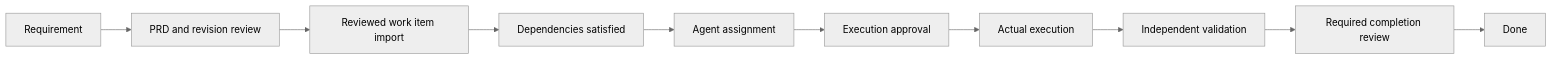
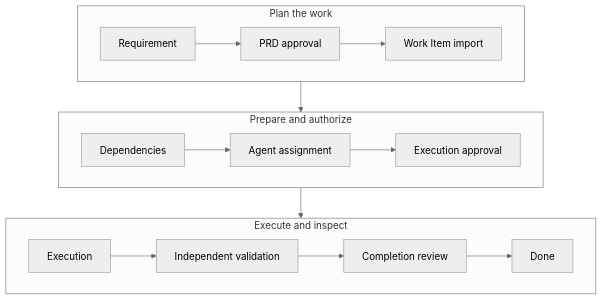
The diagram in README.md (Jigsaw777/accension), drawn with Mermaid (neutral theme) before and after one commit. The commit also changed other lines of this file and 11 other files, not shown here.

````diff
--- a/README.md
+++ b/README.md
@@ -126,12 +35,17 @@
 ```mermaid
-flowchart LR
-    Idea[Requirement] --> PRD[PRD and revision review]
-    PRD --> Items[Reviewed work item import]
-    Items --> Dependencies[Dependencies satisfied]
-    Dependencies --> Agent[Agent assignment]
-    Agent --> Approval[Execution approval]
-    Approval --> Run[Actual execution]
-    Run --> Checks[Independent validation]
-    Checks --> Review[Required completion review]
-    Review --> Done[Done]
+flowchart TB
+    subgraph Plan[Plan the work]
+        direction LR
+        Requirement --> PRD[PRD approval] --> Items[Work Item import]
+    end
+    subgraph Authorize[Prepare and authorize]
+        direction LR
+        Dependencies --> Agent[Agent assignment] --> Approval[Execution approval]
+    end
+    subgraph Verify[Execute and inspect]
+        direction LR
+        Execution --> Validation[Independent validation] --> Review[Completion review] --> Done[Done]
+    end
+    Items --> Dependencies
+    Approval --> Execution
 ```
````
